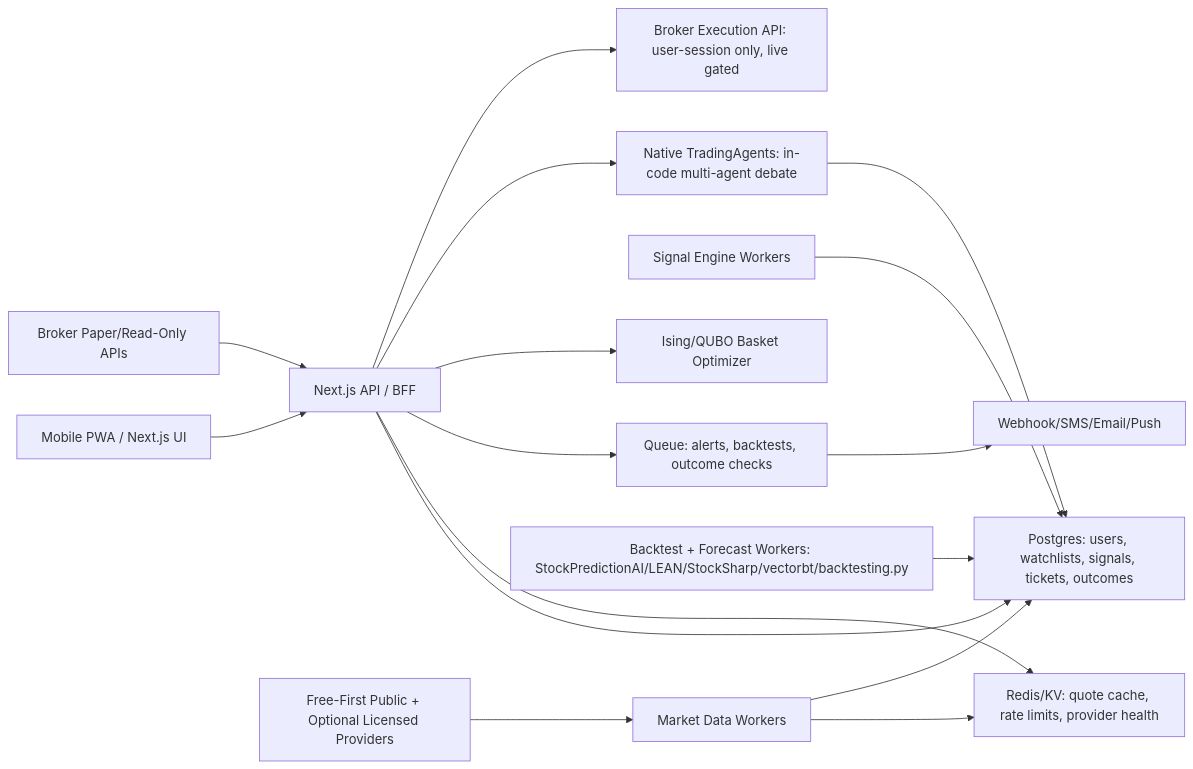
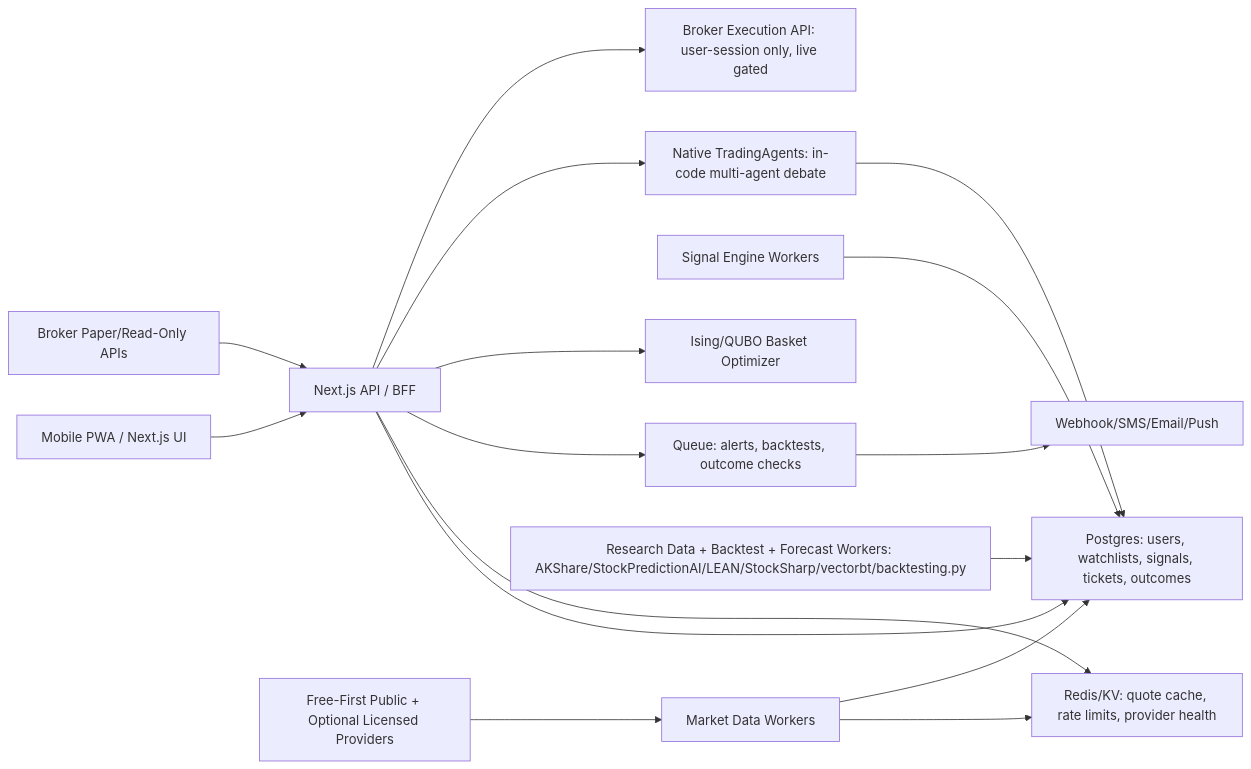
The diagram in docs/ARCHITECTURE.md (pinohu/trading-intel), drawn with Mermaid before and after one commit. The commit also changed other lines of this file and 14 other files, not shown here.

Commit message:
Add AKShare research data worker lane

````diff
--- a/docs/ARCHITECTURE.md
+++ b/docs/ARCHITECTURE.md
@@ -35,18 +35,18 @@
 ```mermaid
 flowchart LR
   UI["Mobile PWA / Next.js UI"] --> BFF["Next.js API / BFF"]
   BFF --> DB["Postgres: users, watchlists, signals, tickets, outcomes"]
   BFF --> Cache["Redis/KV: quote cache, rate limits, provider health"]
   BFF --> Queue["Queue: alerts, backtests, outcome checks"]
   DataWorker["Market Data Workers"] --> Cache
   DataWorker --> DB
   Providers["Free-First Public + Optional Licensed Providers"] --> DataWorker
   SignalWorker["Signal Engine Workers"] --> DB
   BFF --> Ising["Ising/QUBO Basket Optimizer"]
   BFF --> TradingAgents["Native TradingAgents: in-code multi-agent debate"]
   TradingAgents --> DB
-  BacktestWorker["Backtest + Forecast Workers: StockPredictionAI/LEAN/StockSharp/vectorbt/backtesting.py"] --> DB
+  BacktestWorker["Research Data + Backtest + Forecast Workers: AKShare/StockPredictionAI/LEAN/StockSharp/vectorbt/backtesting.py"] --> DB
   Broker["Broker Paper/Read-Only APIs"] --> BFF
   BFF --> BrokerExec["Broker Execution API: user-session only, live gated"]
   Queue --> Alerts["Webhook/SMS/Email/Push"]
 ```
````
